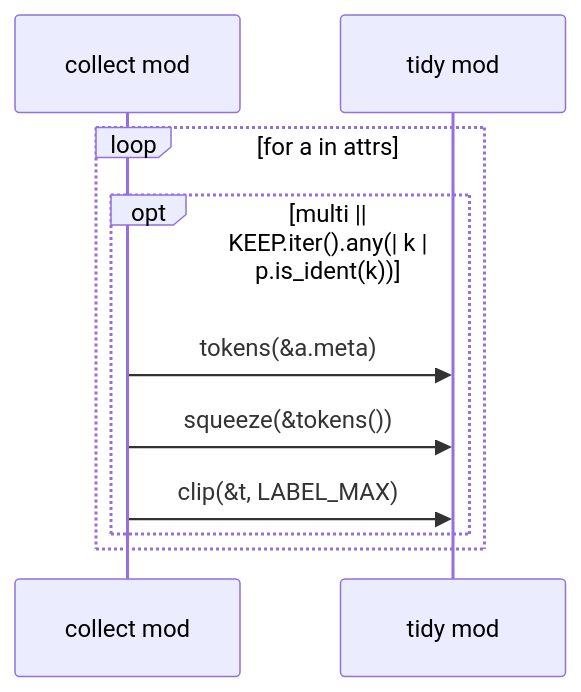
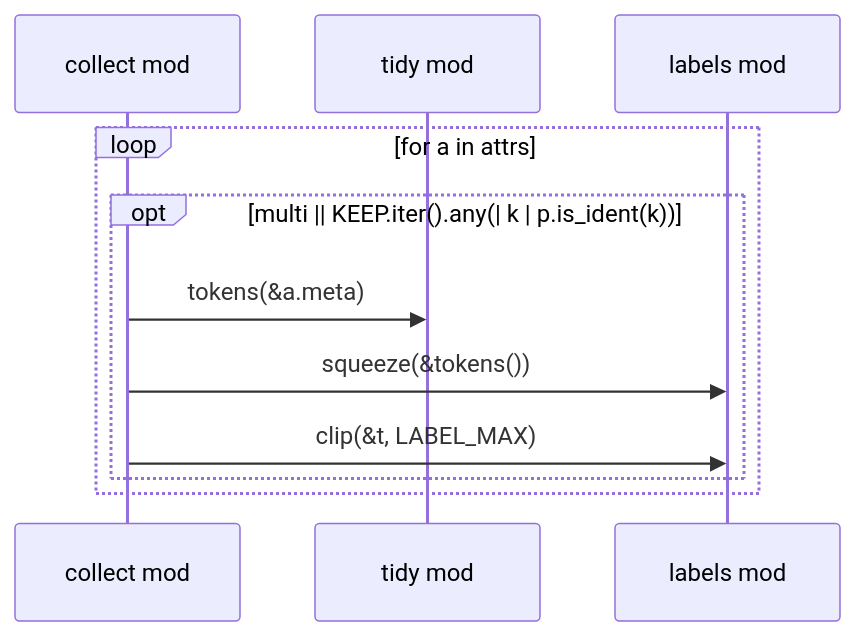
Before and after one commit to DreamLab-AI/codemaid: diagram 12 of 36 in docs/sealmap/crates/sealmap-rust/src/collect.rs.md, drawn with Mermaid. The commit also changed other lines of this file and 37 other files, not shown here.

First line of the commit message:
frontend: extract sealmap-frontend from sealmap-rust

````diff
--- a/docs/sealmap/crates/sealmap-rust/src/collect.rs.md
+++ b/docs/sealmap/crates/sealmap-rust/src/collect.rs.md
@@ -477,12 +473,13 @@
 ```mermaid
 sequenceDiagram
   participant sealmap_rust__collect as collect mod
   participant sealmap_rust__tidy as tidy mod
+  participant sealmap_frontend__labels as labels mod
   loop for a in attrs
     opt multi || KEEP.iter().any(| k | p.is_ident(k))
       sealmap_rust__collect->>sealmap_rust__tidy: tokens(&a.meta)
-      sealmap_rust__collect->>sealmap_rust__tidy: squeeze(&tokens())
-      sealmap_rust__collect->>sealmap_rust__tidy: clip(&t, LABEL_MAX)
+      sealmap_rust__collect->>sealmap_frontend__labels: squeeze(&tokens())
+      sealmap_rust__collect->>sealmap_frontend__labels: clip(&t, LABEL_MAX)
     end
   end
 ```
````
